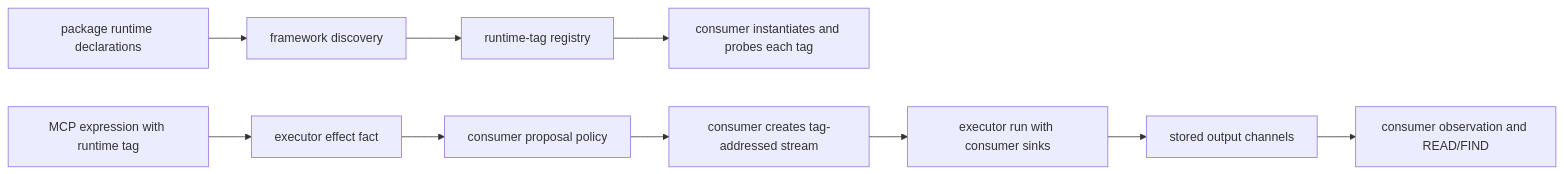
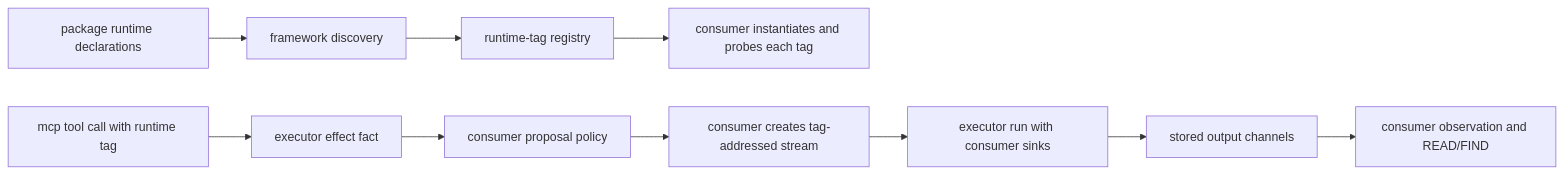
Before and after one commit to plurnk/plurnk-service: the diagram in plurnk-execs/SPEC.md, drawn with Mermaid. The commit also changed 18 other files, not shown here.

Commit message:
docs: align workspace specs and READMEs with universal mcp tool (#1484)

````diff
--- a/plurnk-execs/SPEC.md
+++ b/plurnk-execs/SPEC.md
@@ -9,12 +9,12 @@
 ```mermaid
 flowchart LR
     Manifest["package runtime declarations"] --> Discover["framework discovery"]
     Discover --> Registry["runtime-tag registry"]
     Registry --> Probe["consumer instantiates and probes each tag"]
-    Request["MCP expression with runtime tag"] --> Effect["executor effect fact"]
+    Request["mcp tool call with runtime tag"] --> Effect["executor effect fact"]
     Effect --> Admission["consumer proposal policy"]
     Admission --> Stream["consumer creates tag-addressed stream"]
     Stream --> Run["executor run with consumer sinks"]
     Run --> Channels["stored output channels"]
     Channels --> Packet["consumer observation and READ/FIND"]
 ```
````
